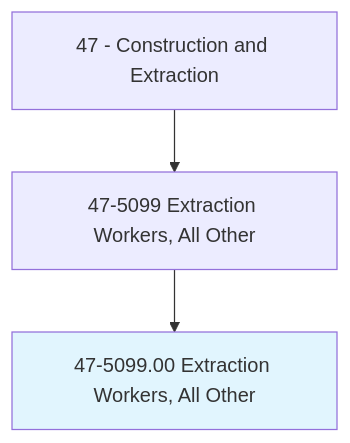
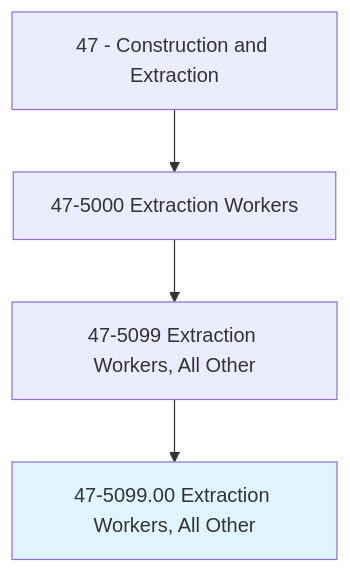
Before and after one commit to kziemski/business.org.ai: the first of 4 diagrams in occupations/Construction/ExtractionWorkers.mdx, drawn with Mermaid. The commit also changed other lines of this file and 938 other files, not shown here.

````diff
--- a/occupations/Construction/ExtractionWorkers.mdx
+++ b/occupations/Construction/ExtractionWorkers.mdx
@@ -19,6 +23,7 @@
 ```mermaid
 graph TD
-    Cat47["47 - Construction and Extraction"] --> Group475099["47-5099 Extraction Workers, All Other"]
-    Group475099 --> Current["47-5099.00 Extraction Workers, All Other"]
+    Cat47["47 - Construction and Extraction"] --> Group475["47-5000 Extraction Workers"]
+    Group475 --> Group4750["47-5099 Extraction Workers, All Other"]
+    Group4750 --> Current["47-5099.00 Extraction Workers, All Other"]
     style Current fill:#e1f5fe
 ```
````
